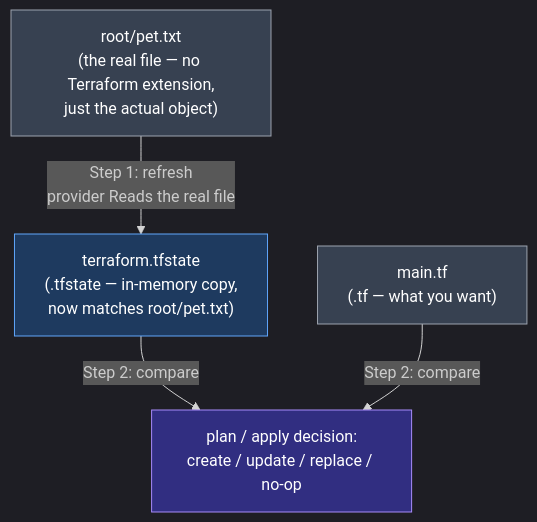
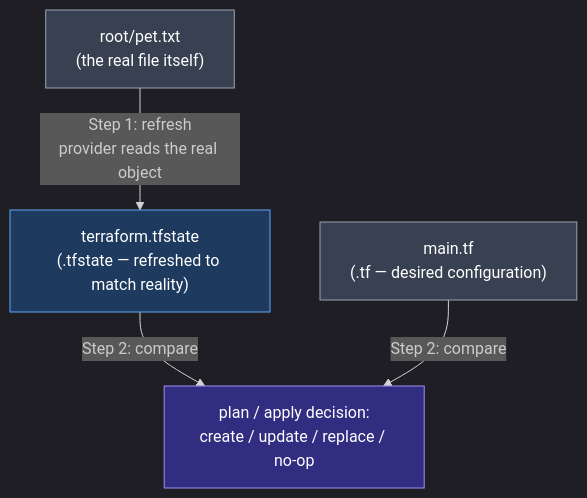
One commit to nirajp82/Terraform_Basics changed the first of 4 diagrams in 05_Terraform_State/01_Terraform_State.md. Above: the diagram before and after it, drawn with Mermaid. The commit also changed other lines of this file, not shown here.

First line of the commit message:
Rewrite Terraform State lesson in expository prose, remove chat framing

````diff
--- a/05_Terraform_State/01_Terraform_State.md
+++ b/05_Terraform_State/01_Terraform_State.md
@@ -48,14 +44,14 @@
 ```mermaid
 %%{init: {'theme': 'dark', 'flowchart': {'htmlLabels': true}}}%%
 flowchart TD
-    REAL["root/pet.txt<br>(the real file — no Terraform extension,<br>just the actual object)"]
-    REAL -->|"Step 1: refresh<br>provider Reads the real file"| STATE["terraform.tfstate<br>(.tfstate — in-memory copy,<br>now matches root/pet.txt)"]
-    CONFIG["main.tf<br>(.tf — what you want)"]
+    REAL["root/pet.txt<br>(the real file itself)"]
+    REAL -->|"Step 1: refresh<br>provider reads the real object"| STATE["terraform.tfstate<br>(.tfstate — refreshed to match reality)"]
+    CONFIG["main.tf<br>(.tf — desired configuration)"]
     STATE -->|"Step 2: compare"| DECISION["plan / apply decision:<br>create / update / replace / no-op"]
     CONFIG -->|"Step 2: compare"| DECISION
 
     style REAL fill:#374151,stroke:#9ca3af,color:#ffffff
     style STATE fill:#1e3a5f,stroke:#60a5fa,color:#ffffff
     style CONFIG fill:#374151,stroke:#9ca3af,color:#ffffff
     style DECISION fill:#312e81,stroke:#a78bfa,color:#ffffff
 ```
````
